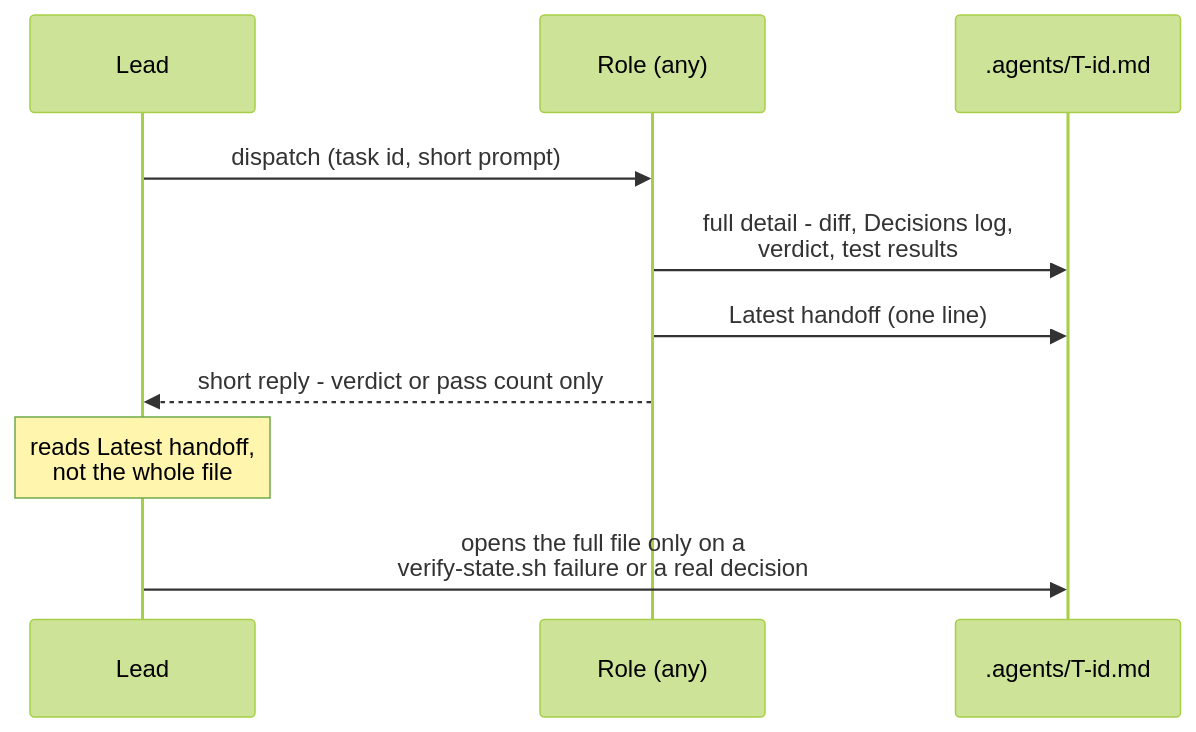
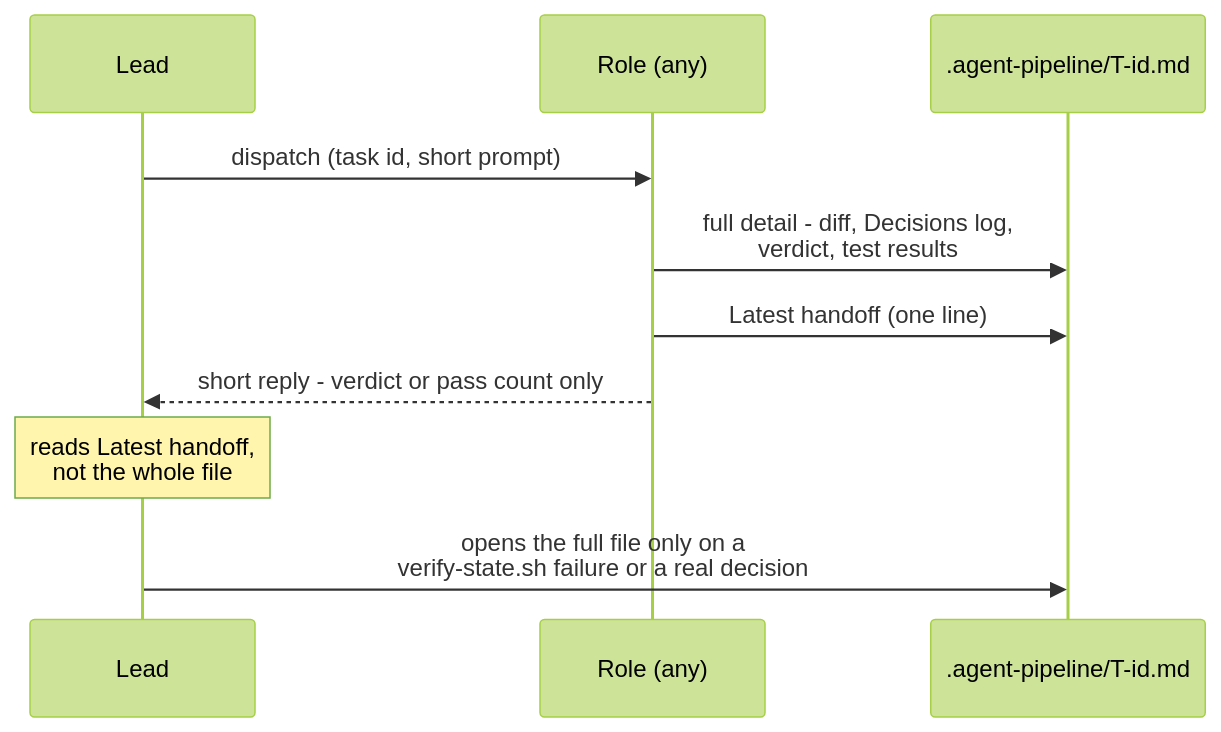
The second of 3 diagrams in README.md (MShokry/agent-toolkit), drawn with Mermaid (forest theme) before and after one commit. The commit also changed other lines of this file and 42 other files, not shown here.

````diff
--- a/README.md
+++ b/README.md
@@ -128,13 +146,13 @@
 ```mermaid
 sequenceDiagram
     participant Lead
     participant Role as Role (any)
-    participant File as .agents/T-id.md
+    participant File as .agent-pipeline/T-id.md
 
     Lead->>Role: dispatch (task id, short prompt)
     Role->>File: full detail - diff, Decisions log,<br/>verdict, test results
     Role->>File: Latest handoff (one line)
     Role-->>Lead: short reply - verdict or pass count only
     Note over Lead: reads Latest handoff,<br/>not the whole file
     Lead->>File: opens the full file only on a<br/>verify-state.sh failure or a real decision
 ```
````
